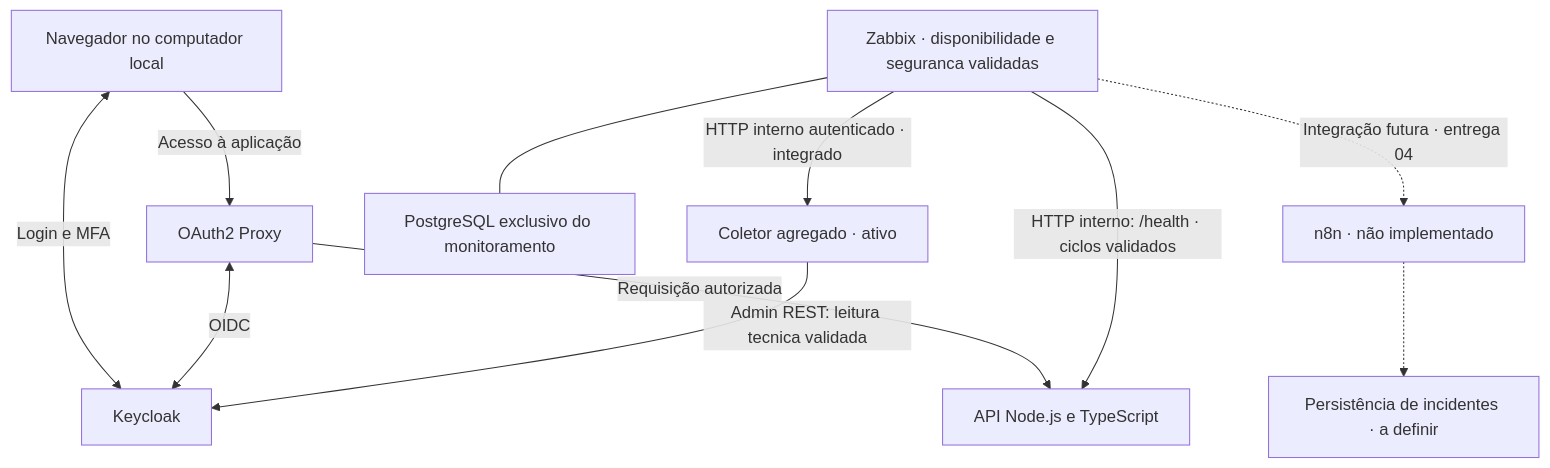
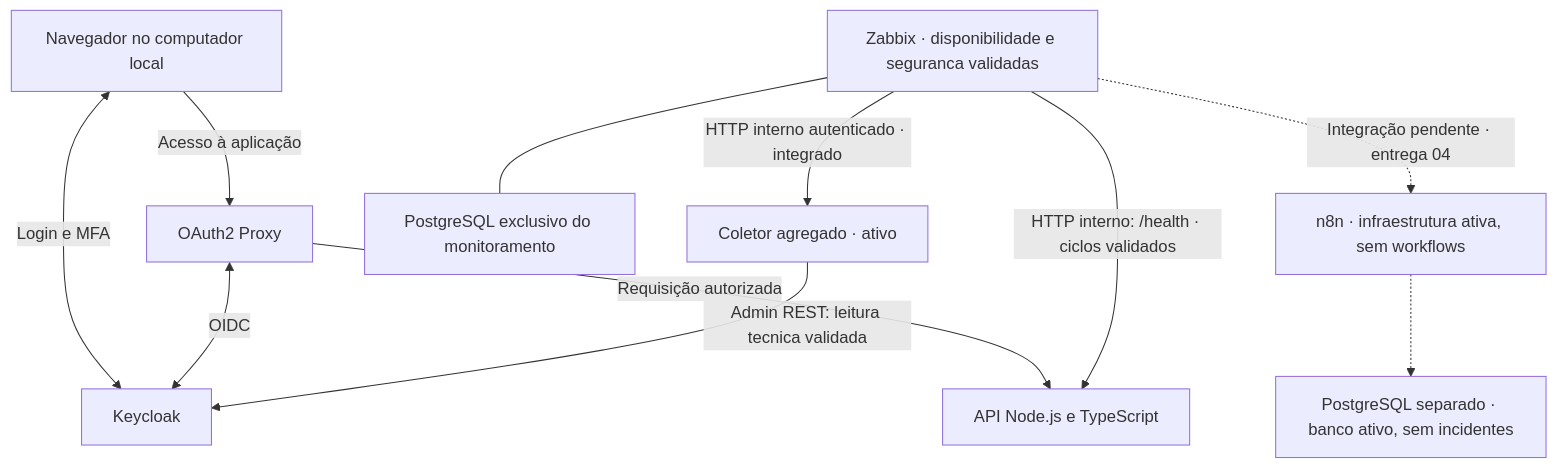
Before and after one commit to analiceleite/secure_ops_lab: the diagram in docs/architecture.md, drawn with Mermaid. The commit also changed other lines of this file and 25 other files, not shown here.

````diff
--- a/docs/architecture.md
+++ b/docs/architecture.md
@@ -15,14 +15,14 @@
 ```mermaid
 flowchart TD
     user[Navegador no computador local]
     user -->|Acesso à aplicação| proxy[OAuth2 Proxy]
     user <-->|Login e MFA| keycloak[Keycloak]
     proxy <-->|OIDC| keycloak
     proxy -->|Requisição autorizada| api[API Node.js e TypeScript]
     zabbix[Zabbix · disponibilidade e seguranca validadas] -->|HTTP interno: /health · ciclos validados| api
     collector[Coletor agregado · ativo] -->|Admin REST: leitura tecnica validada| keycloak
     zabbix -->|HTTP interno autenticado · integrado| collector
     zabbix --- db[PostgreSQL exclusivo do monitoramento]
-    zabbix -.->|Integração futura · entrega 04| n8n[n8n · não implementado]
-    n8n -.-> store[Persistência de incidentes · a definir]
+    zabbix -.->|Integração pendente · entrega 04| n8n[n8n · infraestrutura ativa, sem workflows]
+    n8n -.-> store[PostgreSQL separado · banco ativo, sem incidentes]
 ```
````
